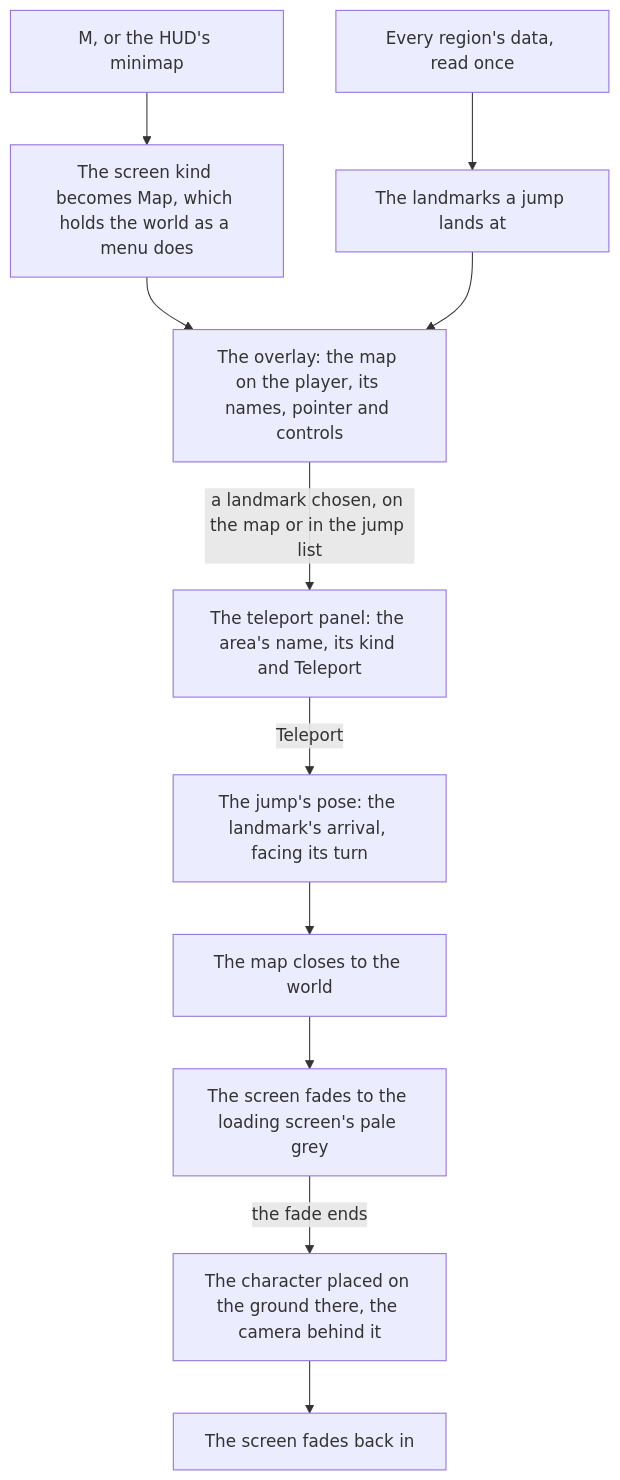
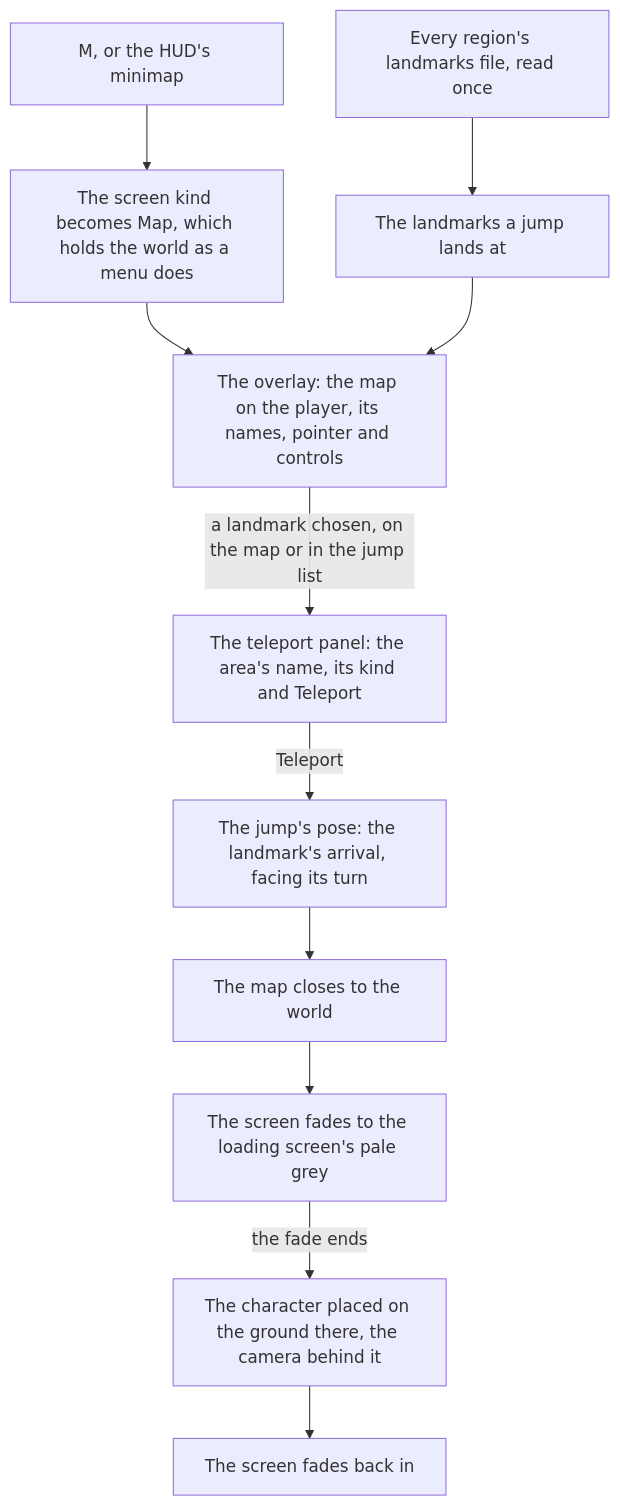
The diagram in openspec/specs/genshin/map/design.md (Esposter/Esposter), drawn with Mermaid before and after one commit. The commit also changed other lines of this file and 45 other files, not shown here.

````diff
--- a/openspec/specs/genshin/map/design.md
+++ b/openspec/specs/genshin/map/design.md
@@ -7,13 +7,13 @@
 ```mermaid
 flowchart TD
   M["M, or the HUD's minimap"] --> SCR["The screen kind becomes Map, which holds the world as a menu does"]
   SCR --> OV["The overlay: the map on the player, its names, pointer and controls"]
-  REG["Every region's data, read once"] --> LM["The landmarks a jump lands at"]
+  REG["Every region's landmarks file, read once"] --> LM["The landmarks a jump lands at"]
   LM --> OV
   OV -->|"a landmark chosen, on the map or in the jump list"| PANEL["The teleport panel: the area's name, its kind and Teleport"]
   PANEL -->|"Teleport"| POSE["The jump's pose: the landmark's arrival, facing its turn"]
   POSE --> CLOSE["The map closes to the world"]
   CLOSE --> FADE["The screen fades to the loading screen's pale grey"]
   FADE -->|"the fade ends"| PLACE["The character placed on the ground there, the camera behind it"]
   PLACE --> IN["The screen fades back in"]
 ```
````
